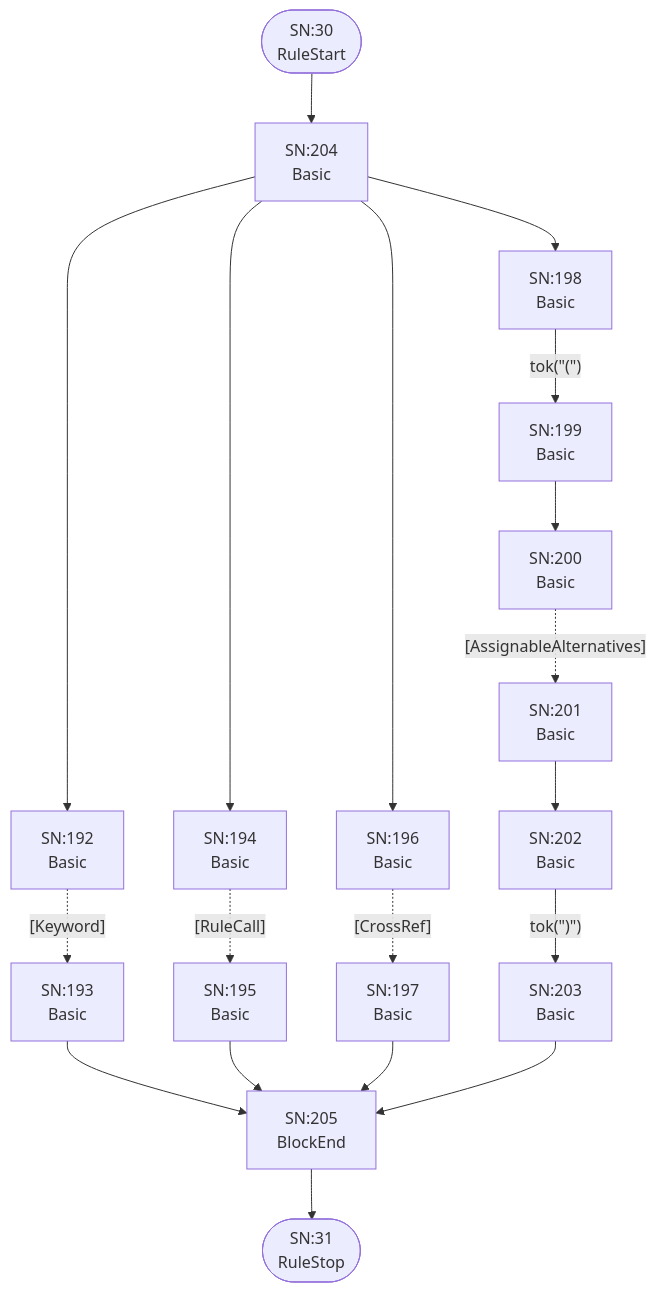
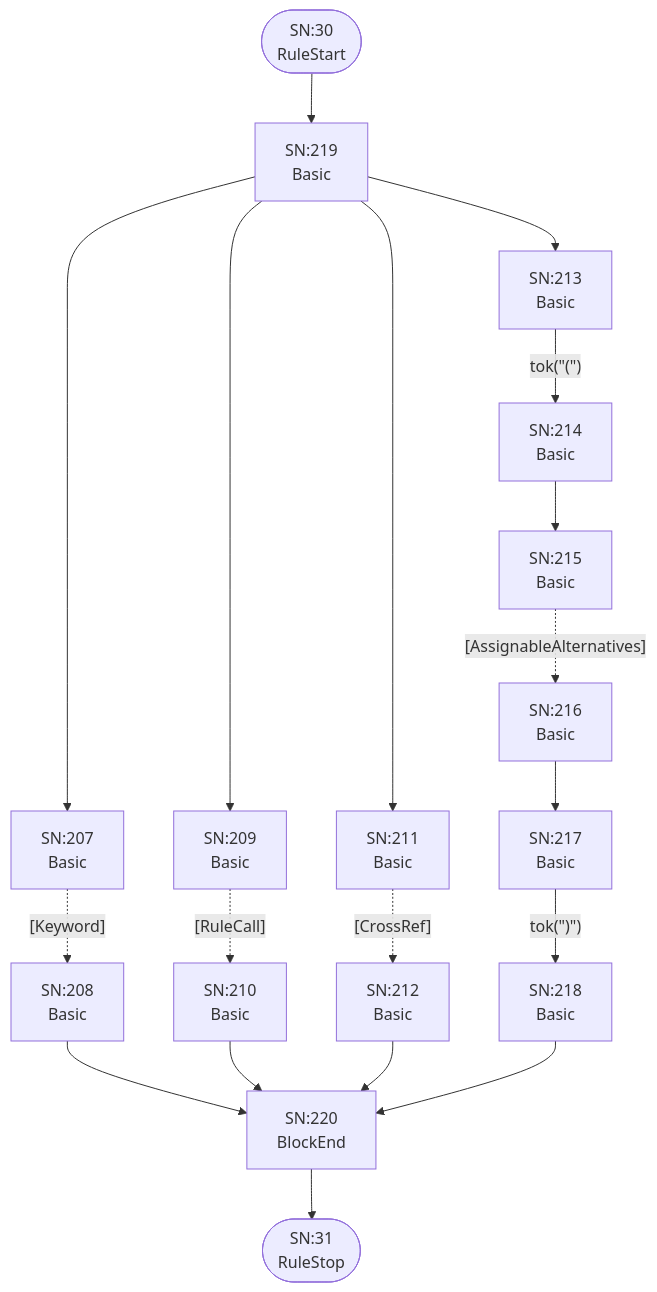
Diagram 16 of 25 in internal/grammar/atn.md (TypeFox/fastbelt), drawn with Mermaid before and after one commit. The commit also changed other lines of this file and 12 other files, not shown here.

````diff
--- a/internal/grammar/atn.md
+++ b/internal/grammar/atn.md
@@ -497,38 +497,38 @@
 ```mermaid
 flowchart TD
     q30(["SN:30<br/>RuleStart"])
     q31(["SN:31<br/>RuleStop"])
-    q192["SN:192<br/>Basic<br/>"]
-    q193["SN:193<br/>Basic<br/>"]
-    q194["SN:194<br/>Basic<br/>"]
-    q195["SN:195<br/>Basic<br/>"]
-    q196["SN:196<br/>Basic<br/>"]
-    q197["SN:197<br/>Basic<br/>"]
-    q198["SN:198<br/>Basic<br/>"]
-    q199["SN:199<br/>Basic<br/>"]
-    q200["SN:200<br/>Basic<br/>"]
-    q201["SN:201<br/>Basic<br/>"]
-    q202["SN:202<br/>Basic<br/>"]
-    q203["SN:203<br/>Basic<br/>"]
-    q204["SN:204<br/>Basic<br/>"]
-    q205["SN:205<br/>BlockEnd<br/>"]
+    q207["SN:207<br/>Basic<br/>"]
+    q208["SN:208<br/>Basic<br/>"]
+    q209["SN:209<br/>Basic<br/>"]
+    q210["SN:210<br/>Basic<br/>"]
+    q211["SN:211<br/>Basic<br/>"]
+    q212["SN:212<br/>Basic<br/>"]
+    q213["SN:213<br/>Basic<br/>"]
+    q214["SN:214<br/>Basic<br/>"]
+    q215["SN:215<br/>Basic<br/>"]
+    q216["SN:216<br/>Basic<br/>"]
+    q217["SN:217<br/>Basic<br/>"]
+    q218["SN:218<br/>Basic<br/>"]
+    q219["SN:219<br/>Basic<br/>"]
+    q220["SN:220<br/>BlockEnd<br/>"]
 
-    q30 --> q204
-    q192 -.->|"[Keyword]"| q193
-    q193 --> q205
-    q194 -.->|"[RuleCall]"| q195
-    q195 --> q205
-    q196 -.->|"[CrossRef]"| q197
-    q197 --> q205
-    q198 -->|"tok(&quot;(&quot;)"| q199
-    q199 --> q200
-    q200 -.->|"[AssignableAlternatives]"| q201
-    q201 --> q202
-    q202 -->|"tok(&quot;)&quot;)"| q203
-    q203 --> q205
-    q204 --> q192
-    q204 --> q194
-    q204 --> q196
-    q204 --> q198
-    q205 --> q31
+    q30 --> q219
+    q207 -.->|"[Keyword]"| q208
+    q208 --> q220
+    q209 -.->|"[RuleCall]"| q210
+    q210 --> q220
+    q211 -.->|"[CrossRef]"| q212
+    q212 --> q220
+    q213 -->|"tok(&quot;(&quot;)"| q214
+    q214 --> q215
+    q215 -.->|"[AssignableAlternatives]"| q216
+    q216 --> q217
+    q217 -->|"tok(&quot;)&quot;)"| q218
+    q218 --> q220
+    q219 --> q207
+    q219 --> q209
+    q219 --> q211
+    q219 --> q213
+    q220 --> q31
 ```
````
